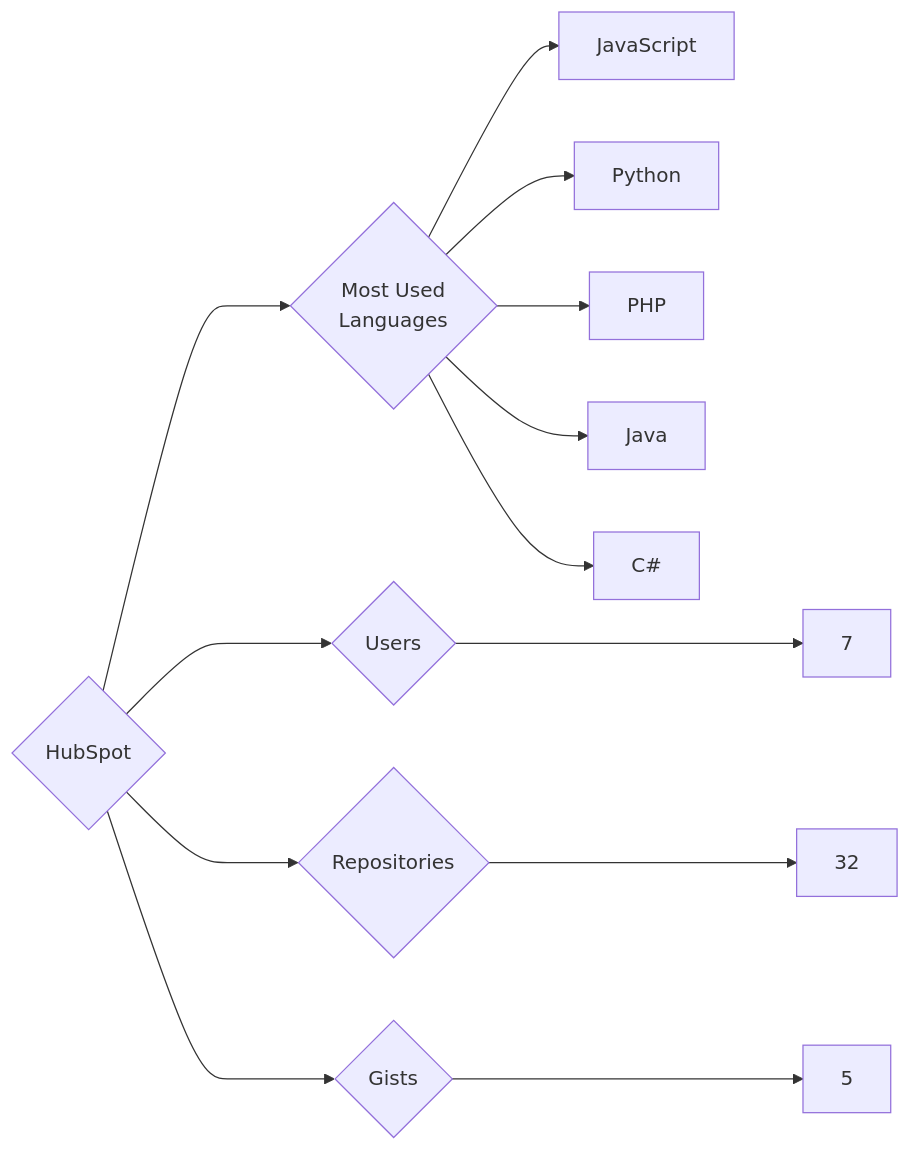
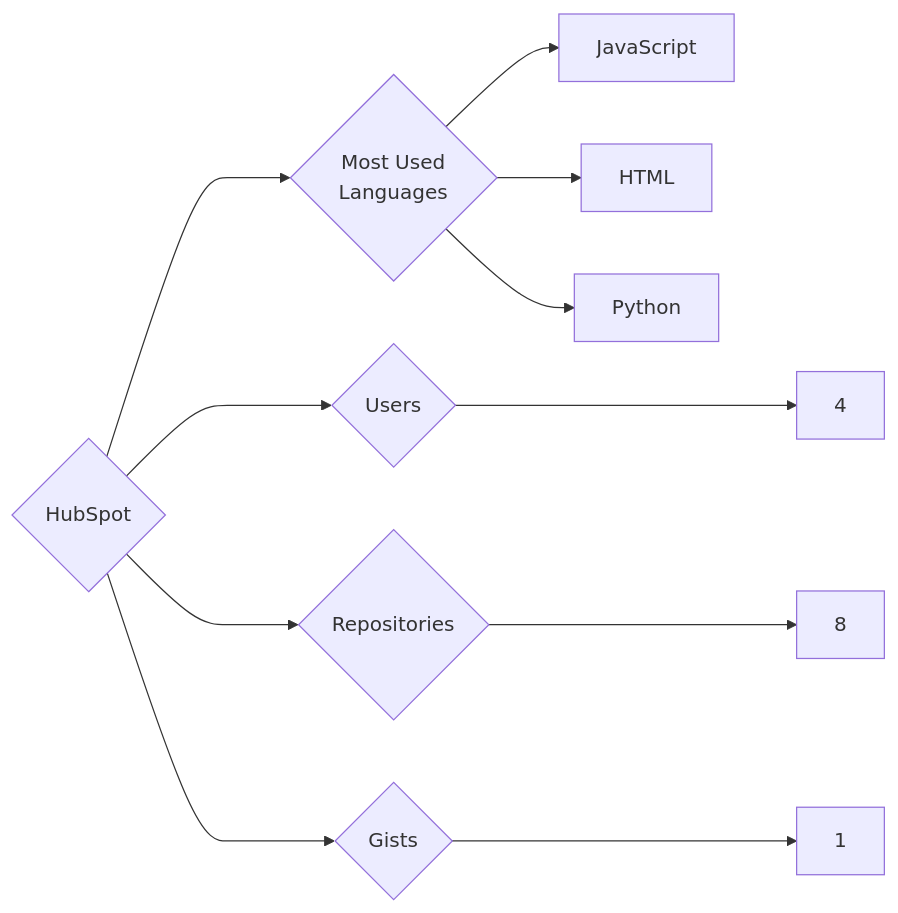
The diagram in targets/HubSpot/README.md (trickest/insiders), drawn with Mermaid before and after one commit. The commit also changed 1141 other files, not shown here.

````diff
--- a/targets/HubSpot/README.md
+++ b/targets/HubSpot/README.md
@@ -3,13 +3,11 @@
 ```mermaid
 graph LR
 COMPANY_NAME{HubSpot}
-COMPANY_NAME ---> U{Users} ---> UN[7]
-COMPANY_NAME ---> R{Repositories} ---> RN[32]
-COMPANY_NAME ---> G{Gists} ---> GN[5]
+COMPANY_NAME ---> U{Users} ---> UN[4]
+COMPANY_NAME ---> R{Repositories} ---> RN[8]
+COMPANY_NAME ---> G{Gists} ---> GN[1]
 COMPANY_NAME ---> ML{Most Used<br>Languages}
 ML --> JavaScript[JavaScript]
+ML --> HTML[HTML]
 ML --> Python[Python]
-ML --> PHP[PHP]
-ML --> Java[Java]
-ML --> C#[C#]
 ```
````
